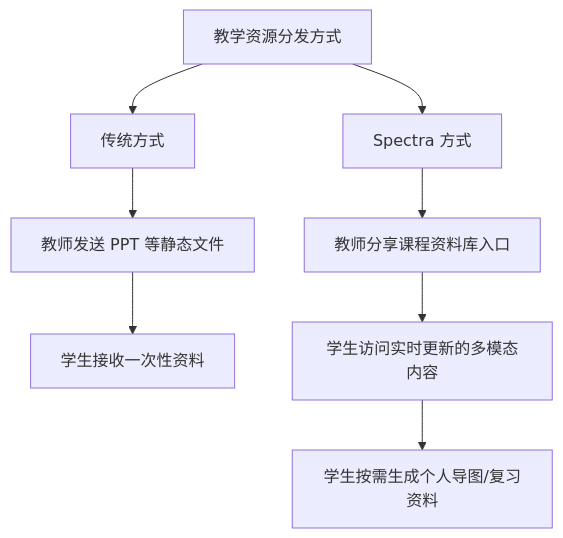
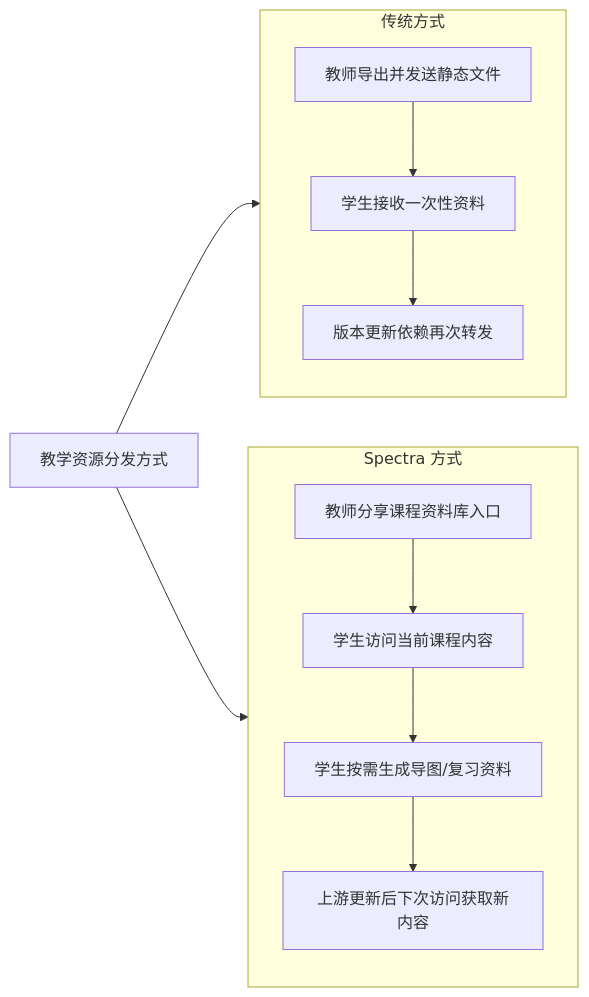
The diagram in docs/competition/01-overview.md (ln-one/Spectra), drawn with Mermaid before and after one commit. The commit also changed 1 other file, not shown here.

Commit message:
Refine overview comparison mermaid

````diff
--- a/docs/competition/01-overview.md
+++ b/docs/competition/01-overview.md
@@ -106,10 +106,24 @@
 ```mermaid
-flowchart TB
-    A["教学资源分发方式"] --> B["传统方式"]
-    A --> C["Spectra 方式"]
-    B --> D["教师发送 PPT 等静态文件"]
-    D --> E["学生接收一次性资料"]
-    C --> F["教师分享课程资料库入口"]
-    F --> G["学生访问实时更新的多模态内容"]
-    G --> H["学生按需生成个人导图/复习资料"]
+flowchart LR
+    A["教学资源分发方式"]
+
+    subgraph T["传统方式"]
+        direction TB
+        B["教师导出并发送静态文件"]
+        C["学生接收一次性资料"]
+        D["版本更新依赖再次转发"]
+        B --> C --> D
+    end
+
+    subgraph S["Spectra 方式"]
+        direction TB
+        E["教师分享课程资料库入口"]
+        F["学生访问当前课程内容"]
+        G["学生按需生成导图/复习资料"]
+        H["上游更新后下次访问获取新内容"]
+        E --> F --> G --> H
+    end
+
+    A --> T
+    A --> S
 ```
````
